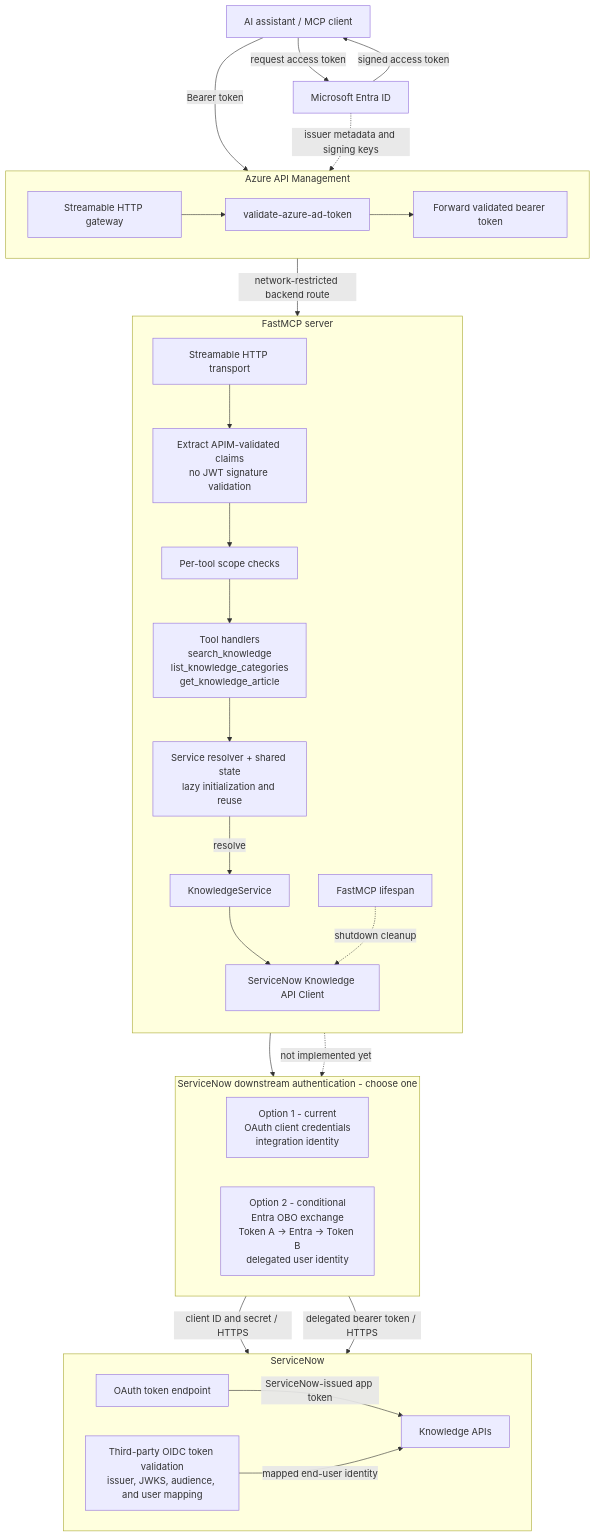
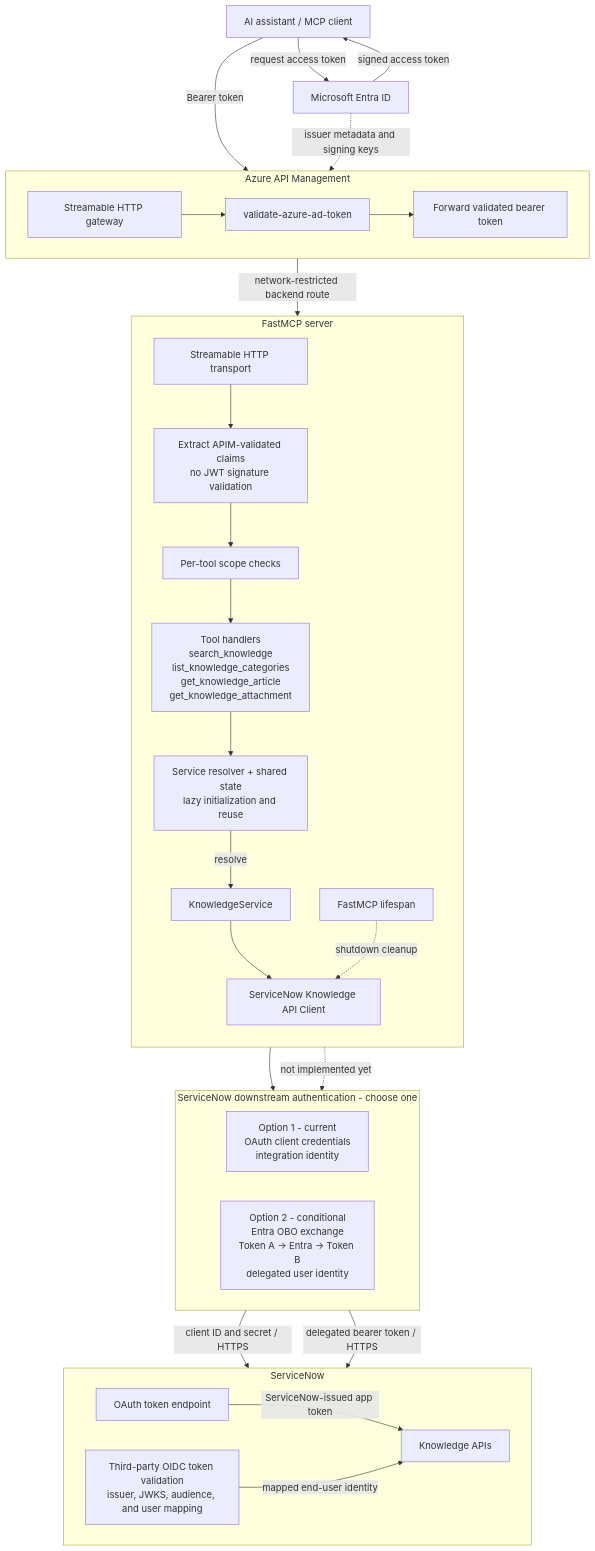
One commit to Xingyuj/SnowMCP changed the diagram in README.md. Above: the diagram before and after it, drawn with Mermaid. The commit also changed other lines of this file and 14 other files, not shown here.

Commit message:
feat: put back attachment get tool

````diff
--- a/README.md
+++ b/README.md
@@ -138,61 +140,61 @@
 ```mermaid
 flowchart TB
     Client[AI assistant / MCP client]
     Entra[Microsoft Entra ID]
 
     subgraph APIM[Azure API Management]
         direction LR
         Gateway[Streamable HTTP gateway]
         Validate[validate-azure-ad-token]
         Forward[Forward validated bearer token]
 
         Gateway --> Validate
         Validate --> Forward
     end
 
     subgraph FastMCP[FastMCP server]
         direction TB
         Transport[Streamable HTTP transport]
         Claims["Extract APIM-validated claims<br/>no JWT signature validation"]
         Scopes[Per-tool scope checks]
-        Tools["Tool handlers<br/>search_knowledge<br/>list_knowledge_categories<br/>get_knowledge_article"]
+        Tools["Tool handlers<br/>search_knowledge<br/>list_knowledge_categories<br/>get_knowledge_article<br/>get_knowledge_attachment"]
         Resolver["Service resolver + shared state<br/>lazy initialization and reuse"]
         Service[KnowledgeService]
         API[ServiceNow Knowledge API Client]
         Lifecycle[FastMCP lifespan]
 
         Transport --> Claims
         Claims --> Scopes
         Scopes --> Tools
         Tools --> Resolver
         Resolver -->|resolve| Service
         Service --> API
         Lifecycle -.->|shutdown cleanup| API
     end
 
     subgraph DownstreamAuth[ServiceNow downstream authentication - choose one]
         direction LR
         ClientCredentials["Option 1 - current<br/>OAuth client credentials<br/>integration identity"]
         OBO["Option 2 - conditional<br/>Entra OBO exchange<br/>Token A → Entra → Token B<br/>delegated user identity"]
     end
 
     subgraph ServiceNow[ServiceNow]
         direction LR
         TokenEndpoint[OAuth token endpoint]
         OIDC["Third-party OIDC token validation<br/>issuer, JWKS, audience, and user mapping"]
         SN[Knowledge APIs]
 
         TokenEndpoint -->|ServiceNow-issued app token| SN
         OIDC -->|mapped end-user identity| SN
     end
 
     Client -->|request access token| Entra
     Entra -->|signed access token| Client
     Client -->|Bearer token| Gateway
     Entra -.->|issuer metadata and signing keys| Validate
     Forward -->|network-restricted backend route| Transport
     API --> ClientCredentials
     ClientCredentials -->|client ID and secret / HTTPS| TokenEndpoint
     API -.->|not implemented yet| OBO
     OBO -->|delegated bearer token / HTTPS| OIDC
 ```
````
